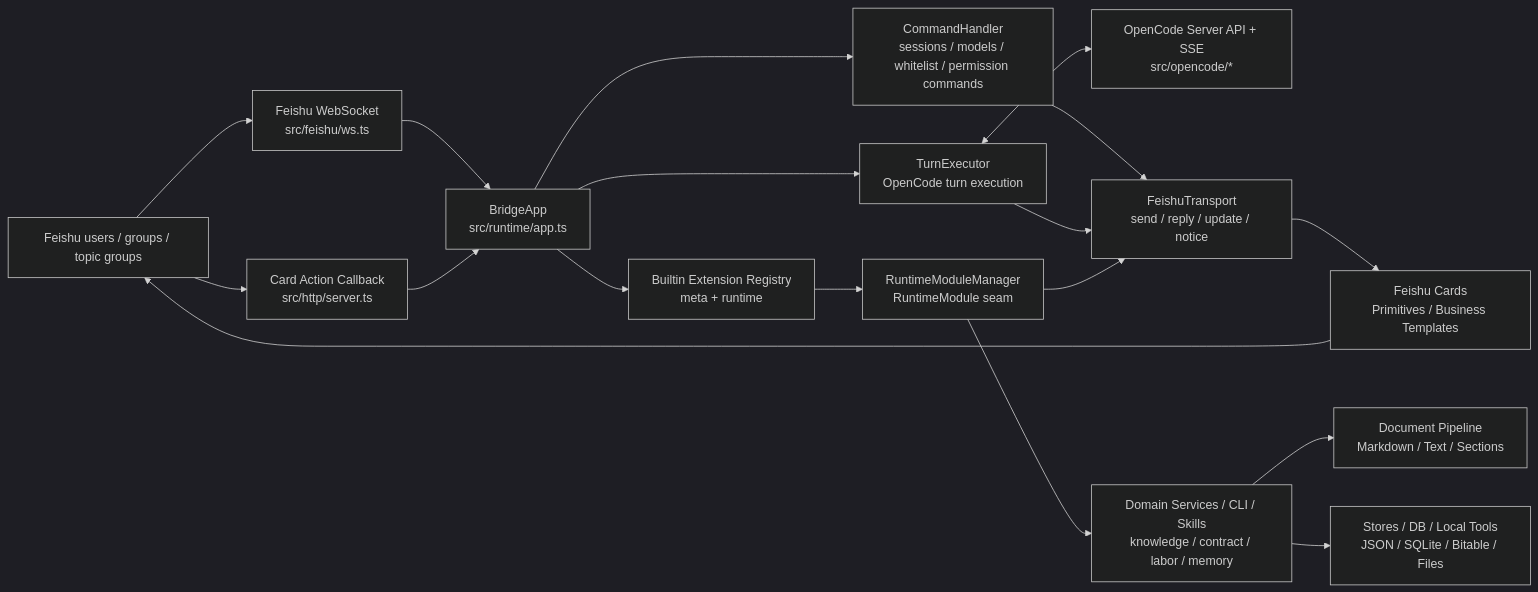
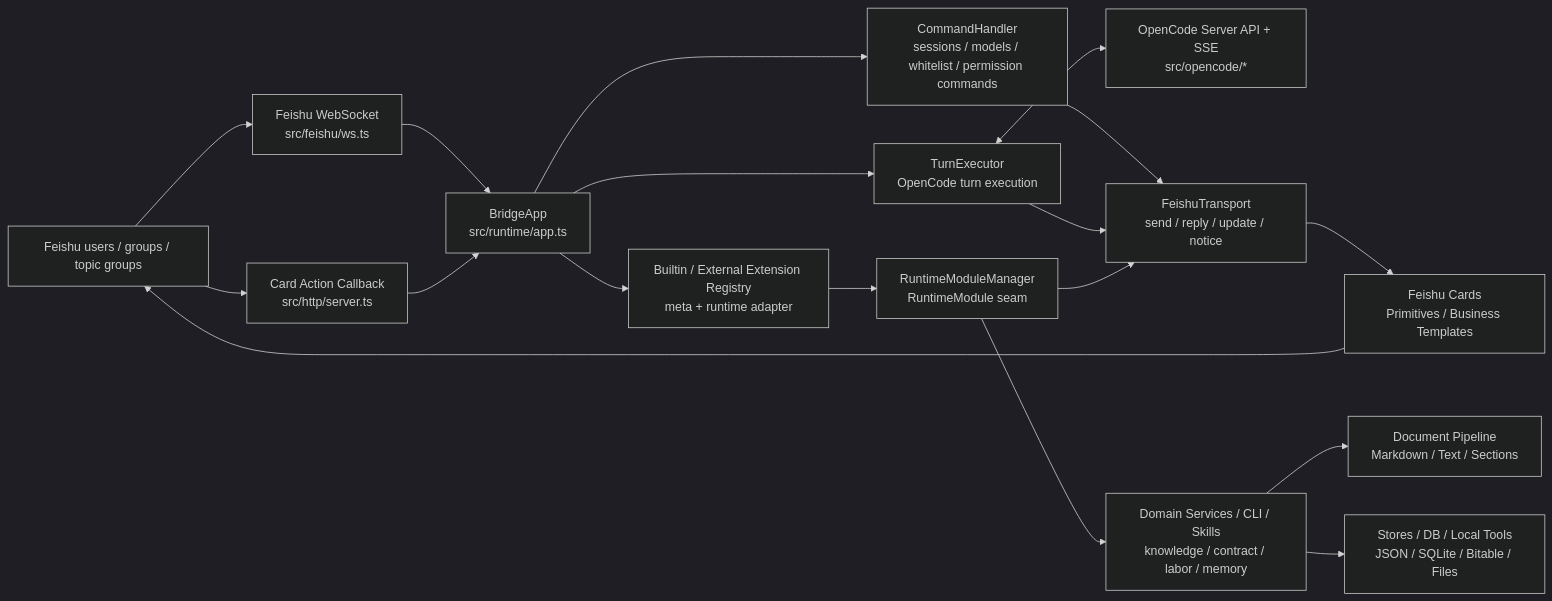
One commit to Clukay-Fun/feishu-opencode-bridge changed the first of 2 diagrams in README.en.md. Above: the diagram before and after it, drawn with Mermaid (dark theme). The commit also changed other lines of this file and 34 other files, not shown here.

````diff
--- a/README.en.md
+++ b/README.en.md
@@ -61,24 +62,24 @@
 ```mermaid
 flowchart LR
     user["Feishu users / groups / topic groups"] --> ws["Feishu WebSocket<br/>src/feishu/ws.ts"]
     user --> callback["Card Action Callback<br/>src/http/server.ts"]
 
     ws --> app["BridgeApp<br/>src/runtime/app.ts"]
     callback --> app
 
     app --> command["CommandHandler<br/>sessions / models / whitelist / permission commands"]
     app --> executor["TurnExecutor<br/>OpenCode turn execution"]
-    app --> extensions["Builtin Extension Registry<br/>meta + runtime"]
+    app --> extensions["Builtin / External Extension Registry<br/>meta + runtime adapter"]
     extensions --> modules["RuntimeModuleManager<br/>RuntimeModule seam"]
 
     executor <--> opencode["OpenCode Server API + SSE<br/>src/opencode/*"]
     modules --> services["Domain Services / CLI / Skills<br/>knowledge / contract / labor / memory"]
     services --> pipeline["Document Pipeline<br/>Markdown / Text / Sections"]
     services --> stores["Stores / DB / Local Tools<br/>JSON / SQLite / Bitable / Files"]
 
     command --> transport["FeishuTransport<br/>send / reply / update / notice"]
     executor --> transport
     modules --> transport
     transport --> cards["Feishu Cards<br/>Primitives / Business Templates"]
     cards --> user
 ```
````
